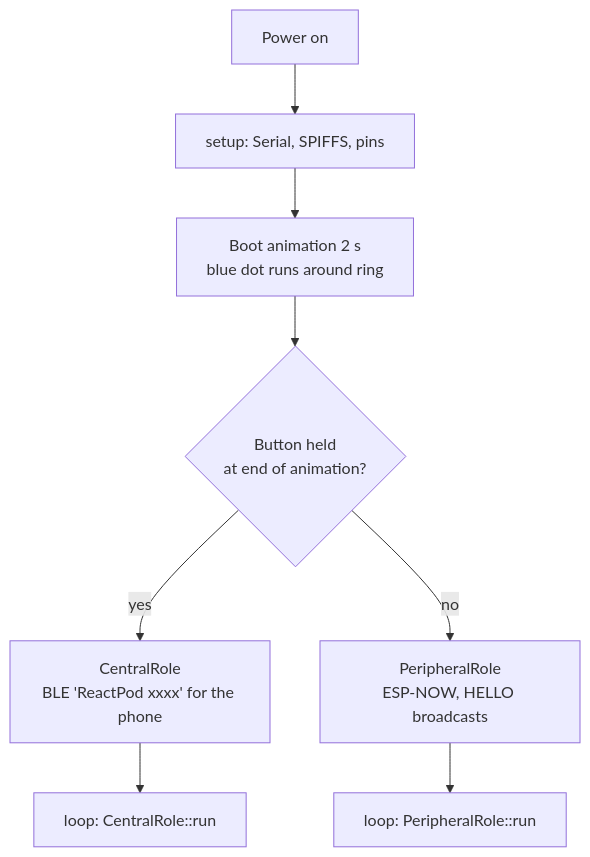
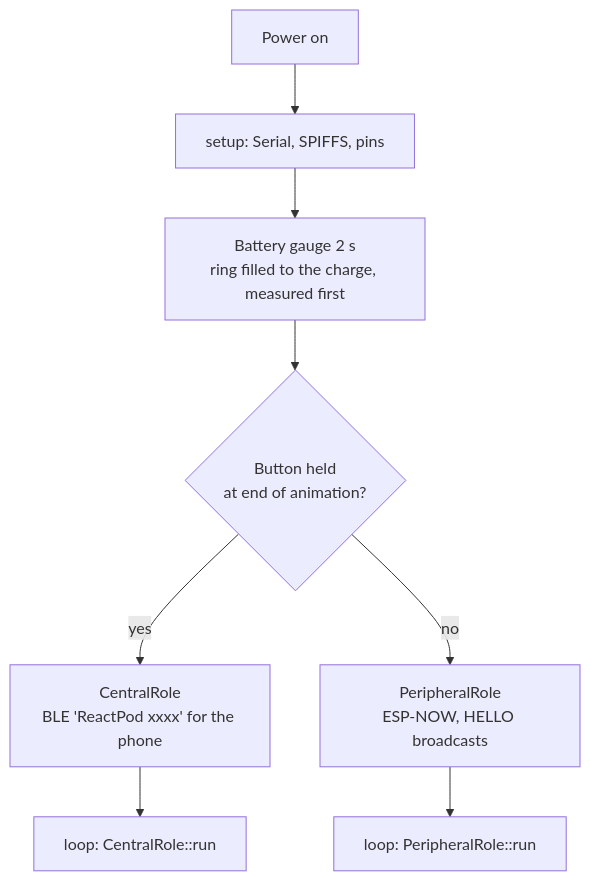
Before and after one commit to RunningJoke/reactionButton: the second of 4 diagrams in docs/firmware/architecture.md, drawn with Mermaid. The commit also changed other lines of this file and 62 other files, not shown here.

First line of the commit message:
Sprint 7: battery, pod identity, summary on the ring (firmware 2.13) (#79)

````diff
--- a/docs/firmware/architecture.md
+++ b/docs/firmware/architecture.md
@@ -111,10 +112,10 @@
 ```mermaid
 flowchart TD
     A[Power on] --> B[setup: Serial, SPIFFS, pins]
-    B --> C[Boot animation 2 s<br/>blue dot runs around ring]
+    B --> C[Battery gauge 2 s<br/>ring filled to the charge, measured first]
     C --> D{Button held<br/>at end of animation?}
     D -- yes --> E[CentralRole<br/>BLE 'ReactPod xxxx' for the phone]
     D -- no --> F[PeripheralRole<br/>ESP-NOW, HELLO broadcasts]
     E --> G[loop: CentralRole::run]
     F --> H[loop: PeripheralRole::run]
 ```
````
